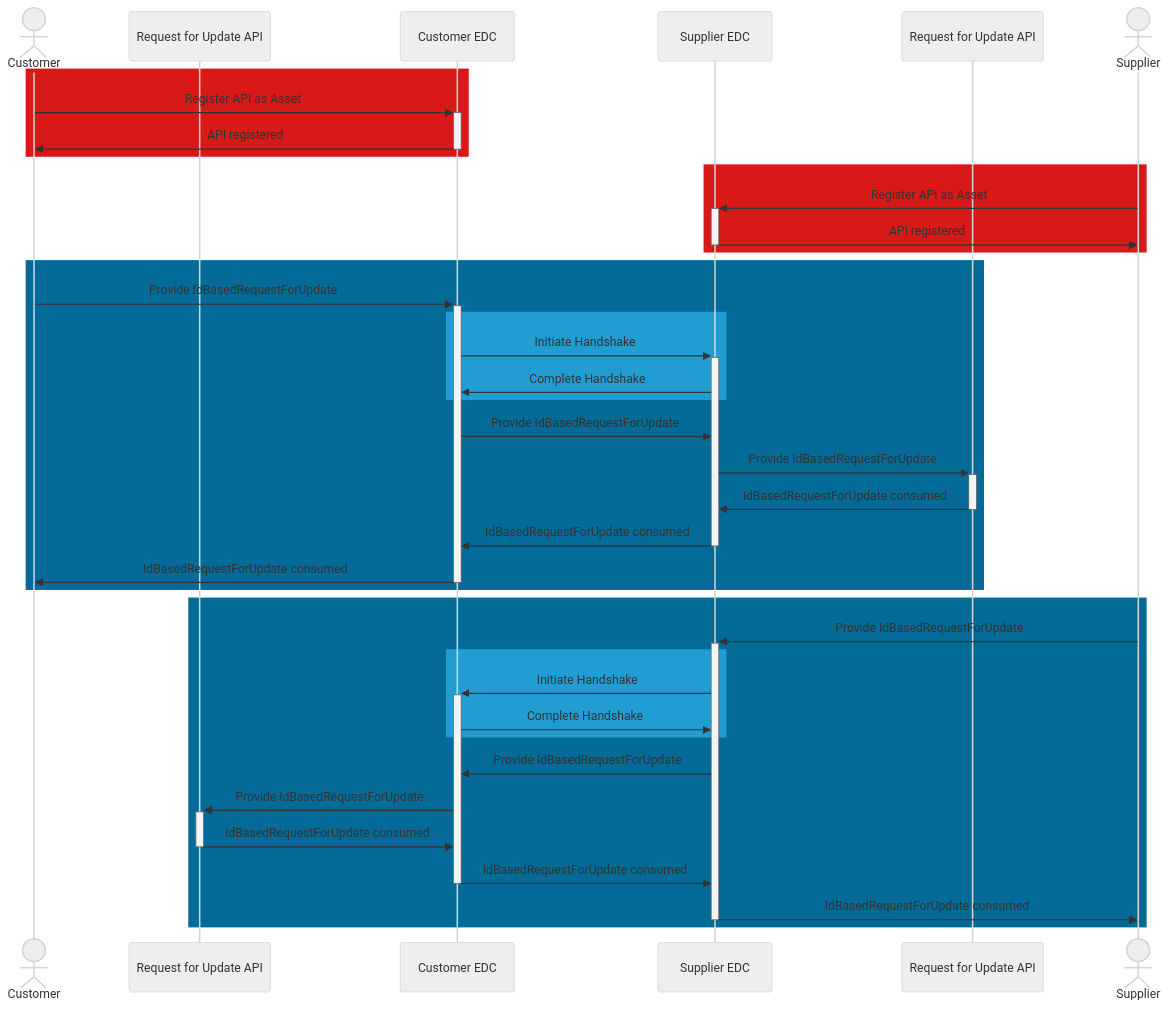
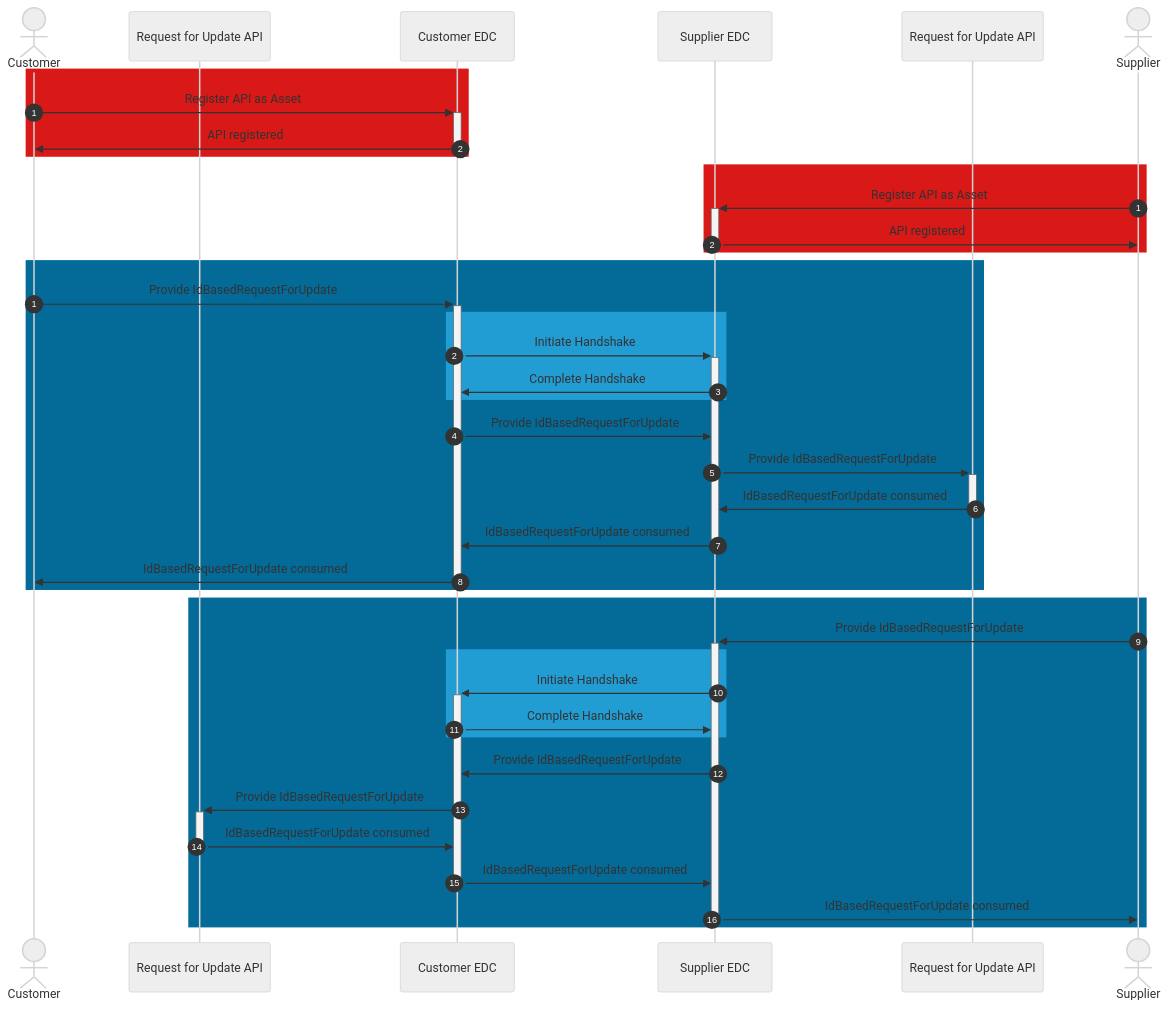
The diagram in docs-kits/kits/Demand and Capacity Management Kit/development-view/api-rfu.md (eclipse-tractusx/eclipse-tractusx.github.io), drawn with Mermaid (neutral theme) before and after one commit. The commit also changed 12 other files, not shown here.

Commit message:
Added numbering to sequence diagrams

````diff
--- a/docs-kits/kits/Demand and Capacity Management Kit/development-view/api-rfu.md
+++ b/docs-kits/kits/Demand and Capacity Management Kit/development-view/api-rfu.md
@@ -22,49 +22,45 @@
 ```mermaid
 sequenceDiagram
     actor c as Customer 
     participant ca as Request for Update API
     participant ce as Customer EDC
     participant se as Supplier EDC
     participant sa as Request for Update API
     actor s as Supplier
-    
      rect rgb(217,24,24)
-    c->>+ce: Register API as Asset
-    ce->>-c: API registered
+        autonumber 1
+        c->>+ce: Register API as Asset
+        ce->>-c: API registered
     end  
     rect rgb(217,24,24)
-    s->>+se: Register API as Asset
-    se->>-s: API registered
+        autonumber 1
+        s->>+se: Register API as Asset
+        se->>-s: API registered
     end
- 
-
-
+     rect rgb(04,107,153)
+        autonumber 1
+        c->>+ce: Provide IdBasedRequestForUpdate
+        rect rgb(33,157,212)
+            ce->>+se: Initiate Handshake
+            se->>ce: Complete Handshake
+        end
+        ce->>se: Provide IdBasedRequestForUpdate
+        se->>+sa: Provide IdBasedRequestForUpdate
+        sa->>-se: IdBasedRequestForUpdate consumed
+        se->>-ce: IdBasedRequestForUpdate consumed
+        ce->>-c: IdBasedRequestForUpdate consumed
+    end
     rect rgb(04,107,153)
-    c->>+ce: Provide IdBasedRequestForUpdate
-    rect rgb(33,157,212)
-    ce->>+se: Initiate Handshake
-    se->>ce: Complete Handshake
-    end
-    ce->>se: Provide IdBasedRequestForUpdate
-    se->>+sa: Provide IdBasedRequestForUpdate
-    sa->>-se: IdBasedRequestForUpdate consumed
-    se->>-ce: IdBasedRequestForUpdate consumed
-    ce->>-c: IdBasedRequestForUpdate consumed
-    
-    end
-
-    rect rgb(04,107,153)
-    s->>+se: Provide IdBasedRequestForUpdate
-    rect rgb(33,157,212)
-    se->>+ce: Initiate Handshake
-    ce->>se: Complete Handshake
-    end
+        s->>+se: Provide IdBasedRequestForUpdate
+        rect rgb(33,157,212)
+        se->>+ce: Initiate Handshake
+        ce->>se: Complete Handshake
+        end
     se->>ce: Provide IdBasedRequestForUpdate
     ce->>+ca: Provide IdBasedRequestForUpdate
     ca->>-ce: IdBasedRequestForUpdate consumed
     ce->>-se: IdBasedRequestForUpdate consumed
     se->>-s: IdBasedRequestForUpdate consumed
-    
     end
   
 ```
````
